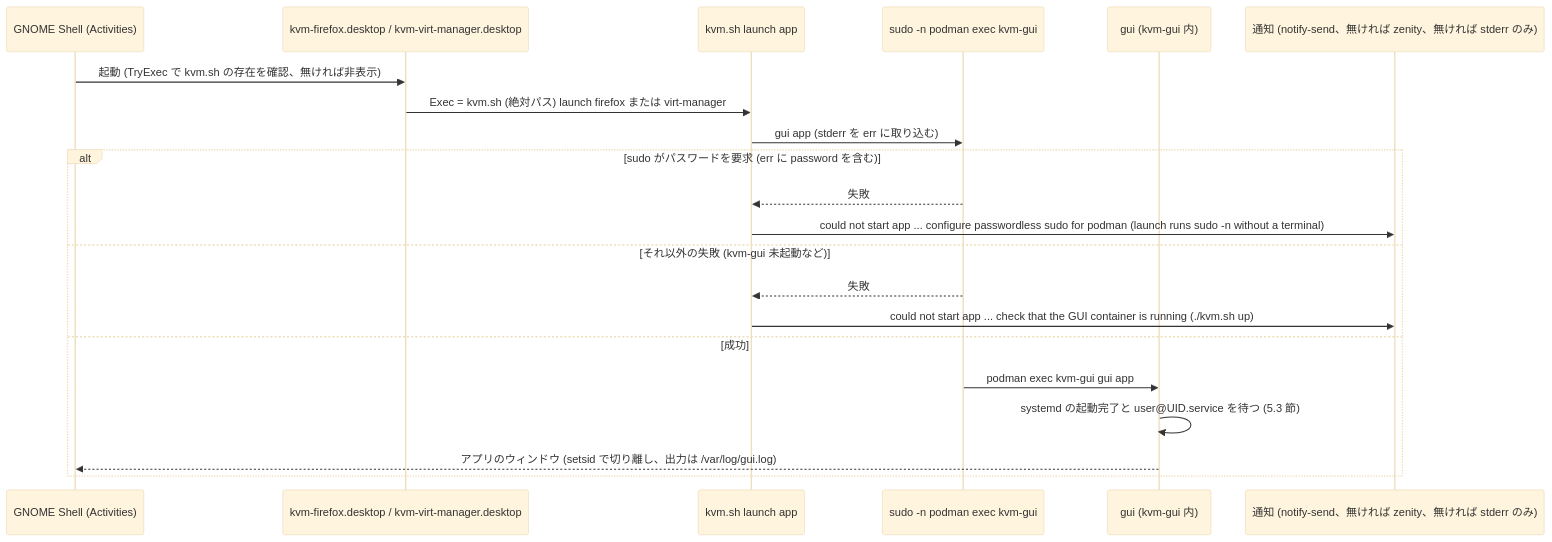
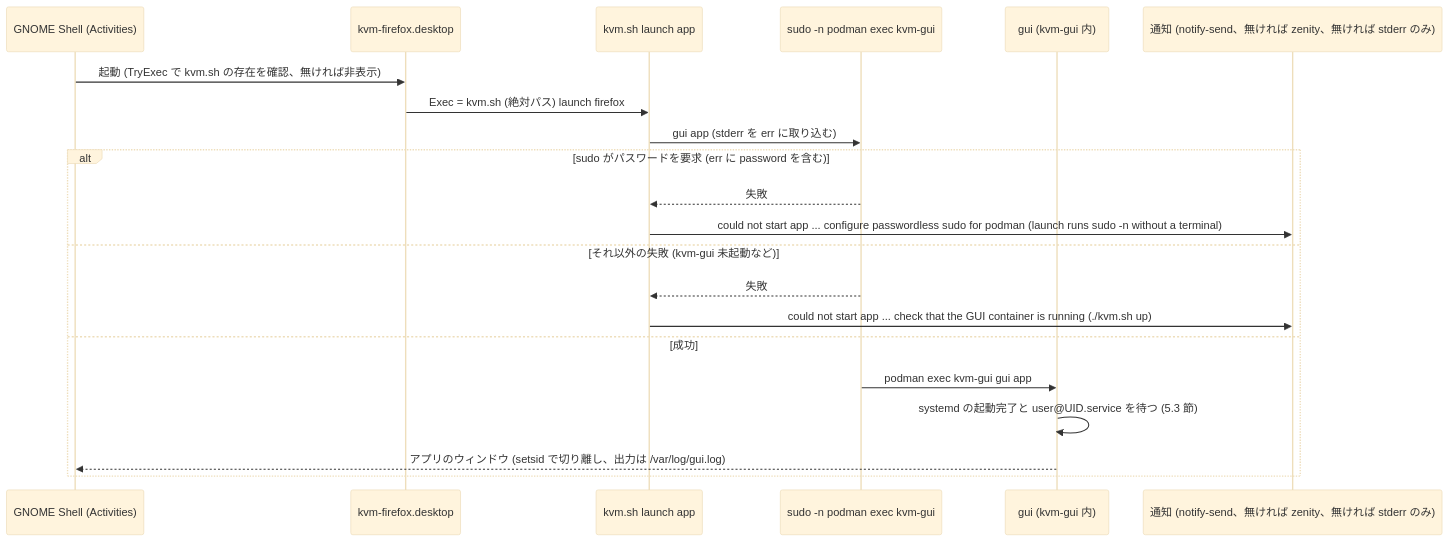
Before and after one commit to ryo-aoki-pc/kvm-container: diagram 13 of 22 in docs/SPEC.md, drawn with Mermaid (base theme). The commit also changed other lines of this file and 6 other files, not shown here.

First line of the commit message:
virt-manager を削除する (#24)

````diff
--- a/docs/SPEC.md
+++ b/docs/SPEC.md
@@ -685,23 +680,23 @@
 ```mermaid
 sequenceDiagram
   participant S as GNOME Shell (Activities)
-  participant D as kvm-firefox.desktop / kvm-virt-manager.desktop
+  participant D as kvm-firefox.desktop
   participant K as kvm.sh launch app
   participant P as sudo -n podman exec kvm-gui
   participant G as gui (kvm-gui 内)
   participant N as 通知 (notify-send、無ければ zenity、無ければ stderr のみ)
   S->>D: 起動 (TryExec で kvm.sh の存在を確認、無ければ非表示)
-  D->>K: Exec = kvm.sh (絶対パス) launch firefox または virt-manager
+  D->>K: Exec = kvm.sh (絶対パス) launch firefox
   K->>P: gui app (stderr を err に取り込む)
   alt sudo がパスワードを要求 (err に password を含む)
     P-->>K: 失敗
     K->>N: could not start app ... configure passwordless sudo for podman (launch runs sudo -n without a terminal)
   else それ以外の失敗 (kvm-gui 未起動など)
     P-->>K: 失敗
     K->>N: could not start app ... check that the GUI container is running (./kvm.sh up)
   else 成功
     P->>G: podman exec kvm-gui gui app
     G->>G: systemd の起動完了と user@UID.service を待つ (5.3 節)
     G-->>S: アプリのウィンドウ (setsid で切り離し、出力は /var/log/gui.log)
   end
 ```
````
